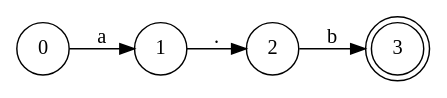
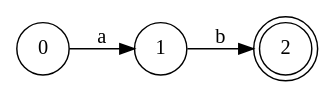
One commit to Paulinaczz/lycProyecto changed the diagram in output/NFA.gv. Above: the diagram before and after it, drawn with Graphviz. The commit also changed 2 other files, not shown here.

```diff
--- a/output/NFA.gv
+++ b/output/NFA.gv
@@ -1,10 +1,8 @@
 // Diagrama NFA
 strict digraph {
 	rankdir=LR
 	node [shape=circle]
 	0 -> 1 [label=a]
-	1 -> 2 [label="."]
-	0 -> 1
-	2 -> 3 [label=b]
-	3 [shape=doublecircle]
+	1 -> 2 [label=b]
+	2 [shape=doublecircle]
 }
```
